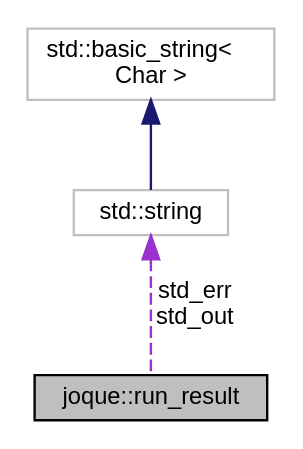
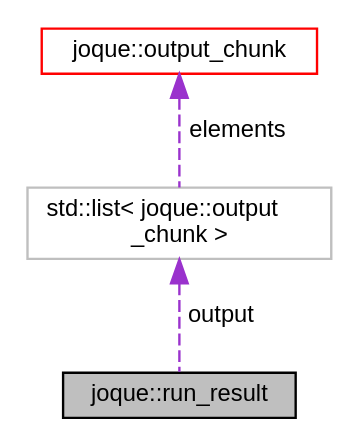
Before and after one commit to koniarik/joque: the diagram in structjoque_1_1run__result__coll__graph.dot, drawn with Graphviz. The commit also changed 202 other files, not shown here.

```diff
--- a/structjoque_1_1run__result__coll__graph.dot
+++ b/structjoque_1_1run__result__coll__graph.dot
@@ -1,11 +1,11 @@
 digraph "joque::run_result"
 {
  // LATEX_PDF_SIZE
   edge [fontname="Helvetica",fontsize="10",labelfontname="Helvetica",labelfontsize="10"];
   node [fontname="Helvetica",fontsize="10",shape=record];
   Node1 [label="joque::run_result",height=0.2,width=0.4,color="black", fillcolor="grey75", style="filled", fontcolor="black",tooltip="Result of single traits run call. Information is stored in run record."];
-  Node2 -> Node1 [dir="back",color="darkorchid3",fontsize="10",style="dashed",label=" std_err\nstd_out" ,fontname="Helvetica"];
-  Node2 [label="std::string",height=0.2,width=0.4,color="grey75", fillcolor="white", style="filled",tooltip=" "];
-  Node3 -> Node2 [dir="back",color="midnightblue",fontsize="10",style="solid",fontname="Helvetica"];
-  Node3 [label="std::basic_string\<\l Char \>",height=0.2,width=0.4,color="grey75", fillcolor="white", style="filled",tooltip=" "];
+  Node2 -> Node1 [dir="back",color="darkorchid3",fontsize="10",style="dashed",label=" output" ,fontname="Helvetica"];
+  Node2 [label="std::list\< joque::output\l_chunk \>",height=0.2,width=0.4,color="grey75", fillcolor="white", style="filled",tooltip=" "];
+  Node3 -> Node2 [dir="back",color="darkorchid3",fontsize="10",style="dashed",label=" elements" ,fontname="Helvetica"];
+  Node3 [label="joque::output_chunk",height=0.2,width=0.4,color="red", fillcolor="white", style="filled",URL="$structjoque_1_1output__chunk.html",tooltip=" "];
 }
```
